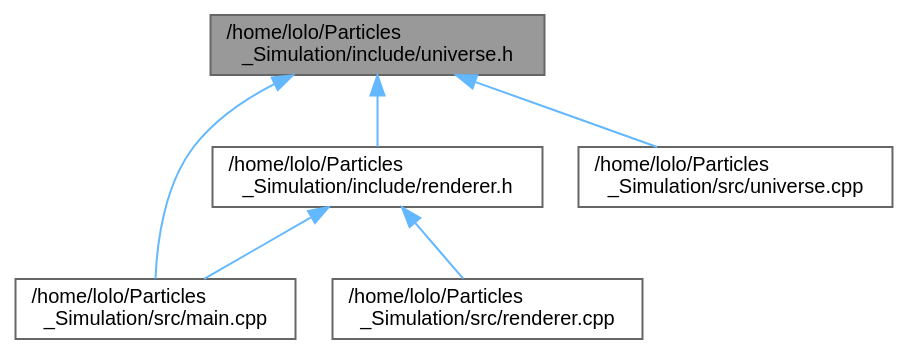
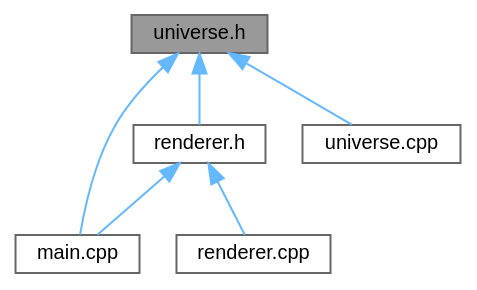
The diagram in docs/universe_8h__dep__incl.dot (Kojittsu/Particles_Simulation), drawn with Graphviz before and after one commit. The commit also changed 89 other files, not shown here.

```diff
--- a/docs/universe_8h__dep__incl.dot
+++ b/docs/universe_8h__dep__incl.dot
@@ -1,17 +1,17 @@
-digraph "/home/lolo/Particles_Simulation/include/universe.h"
+digraph "universe.h"
 {
  // LATEX_PDF_SIZE
   bgcolor="transparent";
   edge [fontname=Helvetica,fontsize=10,labelfontname=Helvetica,labelfontsize=10];
   node [fontname=Helvetica,fontsize=10,shape=box,height=0.2,width=0.4];
-  Node1 [id="Node000001",label="/home/lolo/Particles\l_Simulation/include/universe.h",height=0.2,width=0.4,color="gray40", fillcolor="grey60", style="filled", fontcolor="black",tooltip=" "];
+  Node1 [id="Node000001",label="universe.h",height=0.2,width=0.4,color="gray40", fillcolor="grey60", style="filled", fontcolor="black",tooltip=" "];
   Node1 -> Node2 [id="edge1_Node000001_Node000002",dir="back",color="steelblue1",style="solid",tooltip=" "];
-  Node2 [id="Node000002",label="/home/lolo/Particles\l_Simulation/include/renderer.h",height=0.2,width=0.4,color="grey40", fillcolor="white", style="filled",URL="$renderer_8h.html",tooltip=" "];
-  Node2 -> Node3 [id="edge2_Node000002_Node000003",dir="back",color="steelblue1",style="solid",tooltip=" "];
-  Node3 [id="Node000003",label="/home/lolo/Particles\l_Simulation/src/main.cpp",height=0.2,width=0.4,color="grey40", fillcolor="white", style="filled",URL="$main_8cpp.html",tooltip=" "];
-  Node2 -> Node4 [id="edge3_Node000002_Node000004",dir="back",color="steelblue1",style="solid",tooltip=" "];
-  Node4 [id="Node000004",label="/home/lolo/Particles\l_Simulation/src/renderer.cpp",height=0.2,width=0.4,color="grey40", fillcolor="white", style="filled",URL="$renderer_8cpp.html",tooltip=" "];
-  Node1 -> Node3 [id="edge4_Node000001_Node000003",dir="back",color="steelblue1",style="solid",tooltip=" "];
+  Node2 [id="Node000002",label="main.cpp",height=0.2,width=0.4,color="grey40", fillcolor="white", style="filled",URL="$main_8cpp.html",tooltip=" "];
+  Node1 -> Node3 [id="edge2_Node000001_Node000003",dir="back",color="steelblue1",style="solid",tooltip=" "];
+  Node3 [id="Node000003",label="renderer.h",height=0.2,width=0.4,color="grey40", fillcolor="white", style="filled",URL="$renderer_8h.html",tooltip=" "];
+  Node3 -> Node2 [id="edge3_Node000003_Node000002",dir="back",color="steelblue1",style="solid",tooltip=" "];
+  Node3 -> Node4 [id="edge4_Node000003_Node000004",dir="back",color="steelblue1",style="solid",tooltip=" "];
+  Node4 [id="Node000004",label="renderer.cpp",height=0.2,width=0.4,color="grey40", fillcolor="white", style="filled",URL="$renderer_8cpp.html",tooltip=" "];
   Node1 -> Node5 [id="edge5_Node000001_Node000005",dir="back",color="steelblue1",style="solid",tooltip=" "];
-  Node5 [id="Node000005",label="/home/lolo/Particles\l_Simulation/src/universe.cpp",height=0.2,width=0.4,color="grey40", fillcolor="white", style="filled",URL="$universe_8cpp.html",tooltip=" "];
+  Node5 [id="Node000005",label="universe.cpp",height=0.2,width=0.4,color="grey40", fillcolor="white", style="filled",URL="$universe_8cpp.html",tooltip=" "];
 }
```
